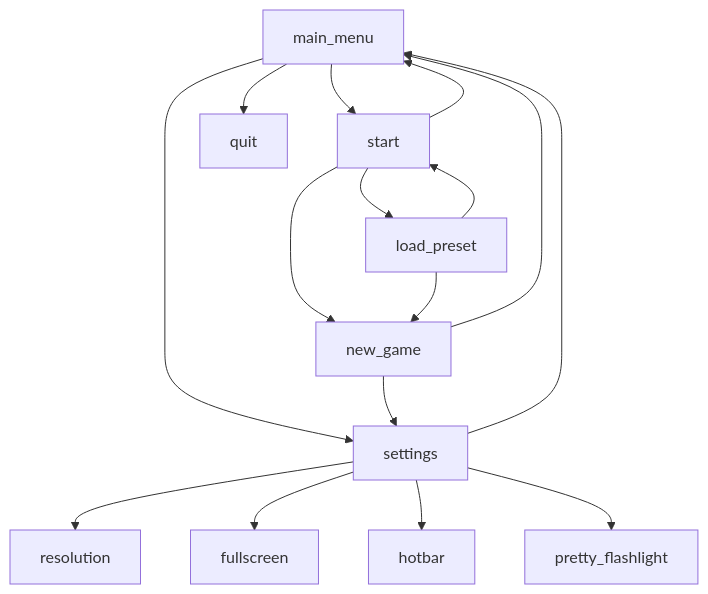
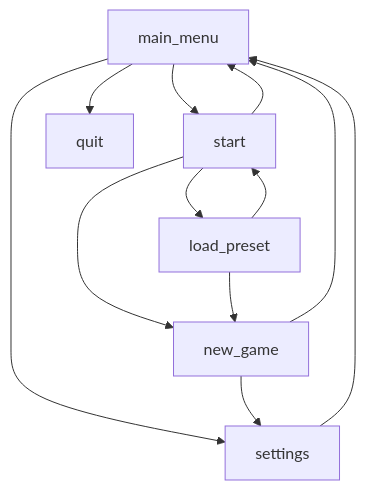
One commit to Hohenzoler/optyka changed the diagram in README.md. Above: the diagram before and after it, drawn with Mermaid.

Commit message:
revert test200

````diff
--- a/README.md
+++ b/README.md
@@ -63,18 +63,14 @@
 ```mermaid
 graph TD;
     main_menu-->start;
     main_menu-->settings;
     main_menu-->quit;
     start-->new_game;
     start-->load_preset;
     start-->main_menu;
     load_preset-->new_game;
     load_preset-->start;
-    settings-->resolution;
-    settings-->fullscreen;
-    settings-->hotbar;
-    settings-->pretty_flashlight;
     settings-->main_menu;
     new_game-->settings;
     new_game-->main_menu;
 ```
````
